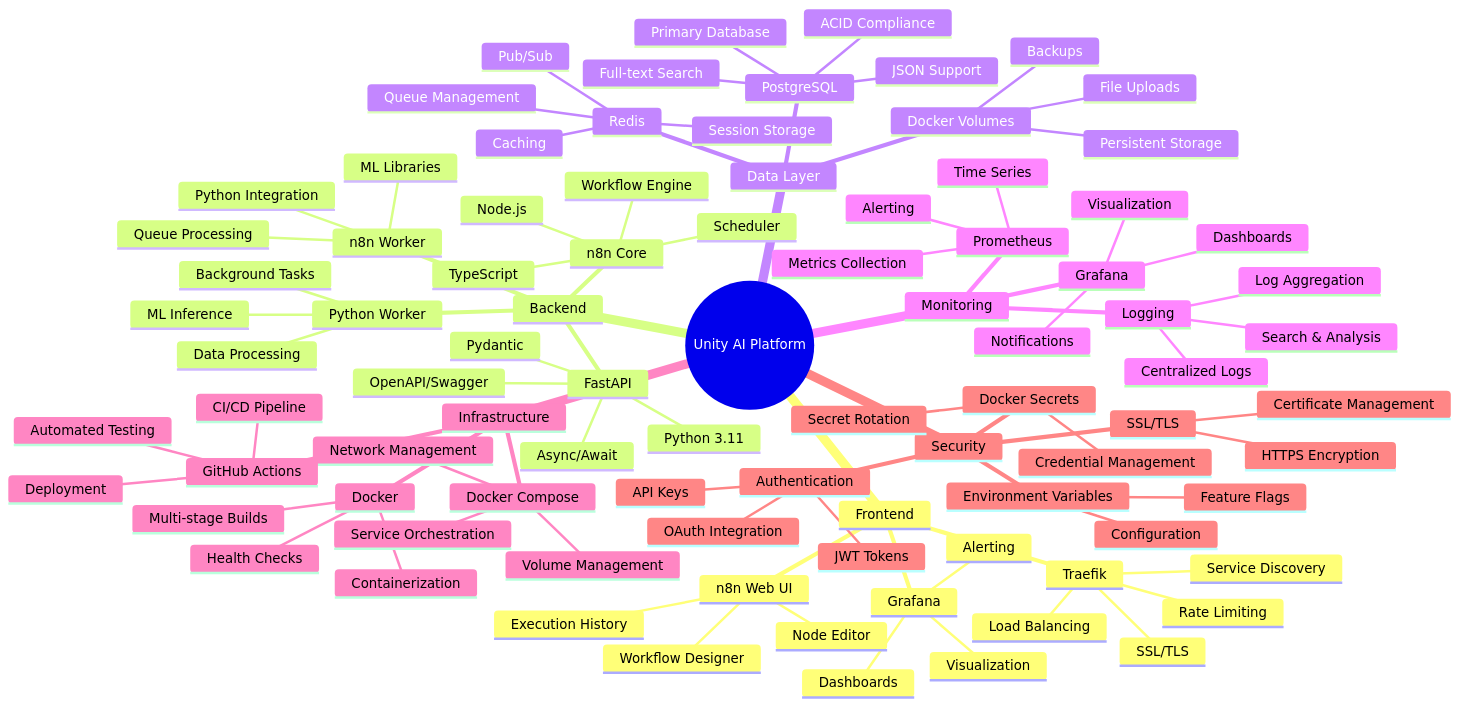
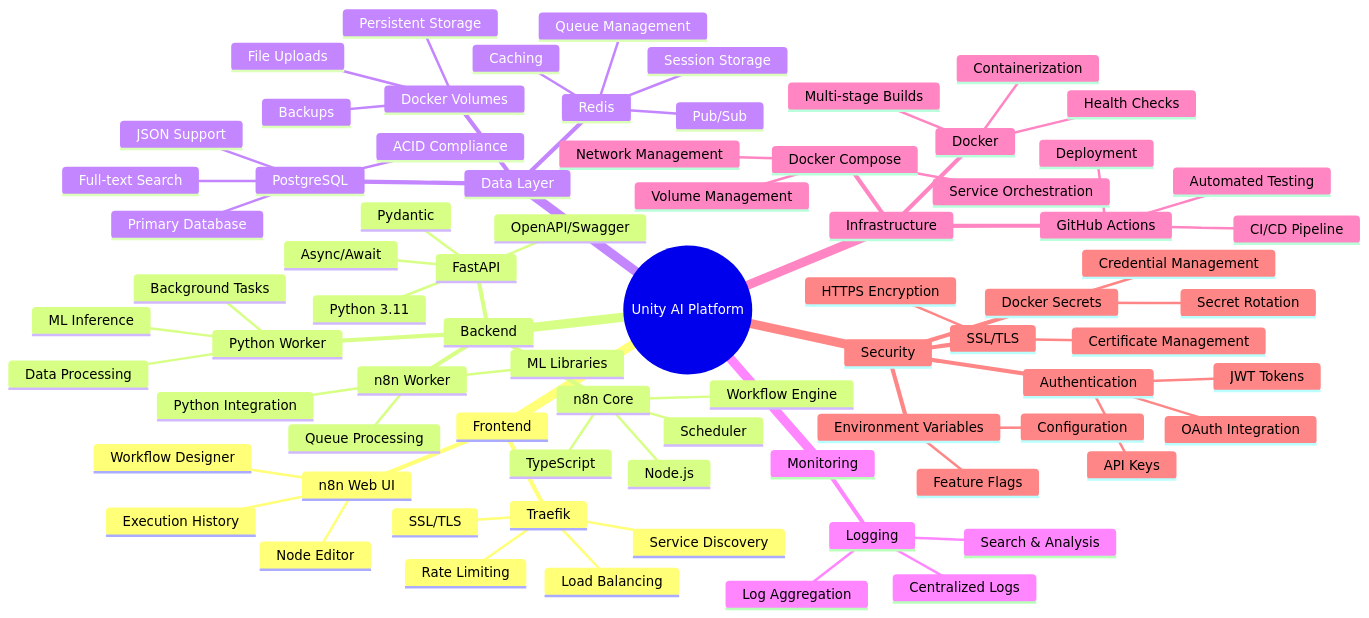
Before and after one commit to Flissel/unity-ai-platform-clean: the sixth of 7 diagrams in docs/architecture-mermaid.md, drawn with Mermaid. The commit also changed other lines of this file and 95 other files, not shown here.

First line of the commit message:
refactor(monitoring): remove Prometheus and Grafana integration

```diff
--- a/docs/architecture-mermaid.md
+++ b/docs/architecture-mermaid.md
@@ -402,10 +291,7 @@
         Workflow Designer
         Node Editor
         Execution History
-      Grafana
-        Dashboards
-        Alerting
-        Visualization
+
     Backend
       FastAPI
         Python 3.11
@@ -441,14 +327,7 @@
         File Uploads
         Backups
     Monitoring
-      Prometheus
-        Metrics Collection
-        Time Series
-        Alerting
-      Grafana
-        Visualization
-        Dashboards
-        Notifications
+
       Logging
         Centralized Logs
         Log Aggregation
```
